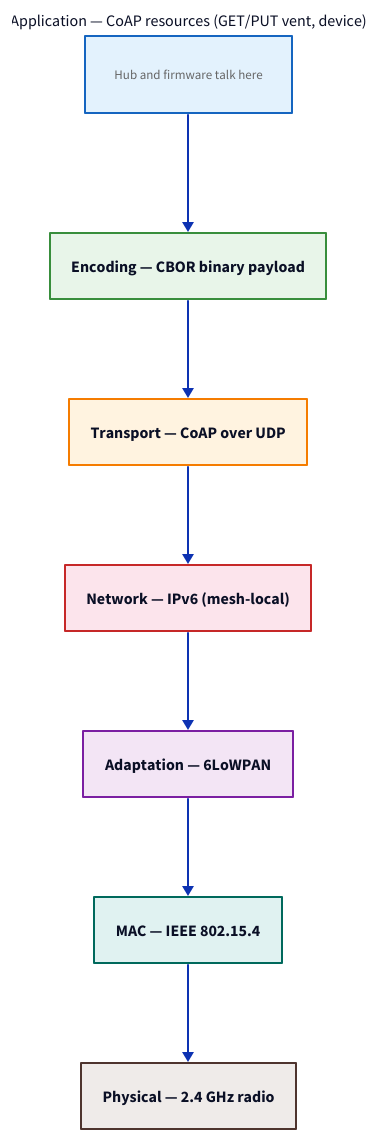
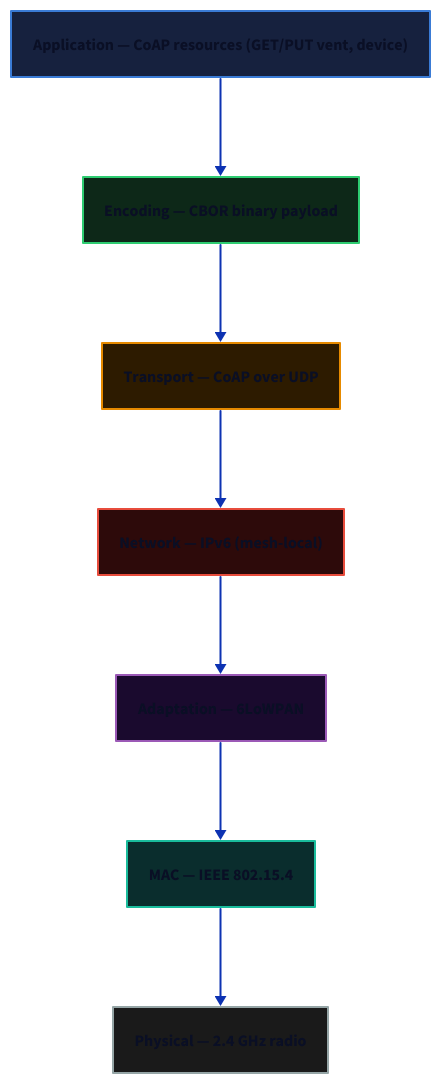
The diagram in docs/diagrams/protocol-stack.d2 (EtaCassiopeia/smart-vent), drawn with D2 before and after one commit. The commit also changed 17 other files, not shown here.

First line of the commit message:
Switch D2 diagrams to dark color palette

```diff
--- a/docs/diagrams/protocol-stack.d2
+++ b/docs/diagrams/protocol-stack.d2
@@ -1,52 +1,46 @@
 direction: down
 
 app: Application {
   label: "Application — CoAP resources (GET/PUT vent, device)"
-  style.fill: "#e3f2fd"
-  style.stroke: "#1565c0"
+  style.fill: "#16213e"
+  style.stroke: "#3a7bd5"
   style.font-size: 16
 }
 enc: Encoding {
   label: "Encoding — CBOR binary payload"
-  style.fill: "#e8f5e9"
-  style.stroke: "#388e3c"
+  style.fill: "#0d2818"
+  style.stroke: "#2ecc71"
   style.font-size: 16
 }
 transport: Transport {
   label: "Transport — CoAP over UDP"
-  style.fill: "#fff3e0"
-  style.stroke: "#f57c00"
+  style.fill: "#2d1b00"
+  style.stroke: "#e68a00"
   style.font-size: 16
 }
 network: Network {
   label: "Network — IPv6 (mesh-local)"
-  style.fill: "#fce4ec"
-  style.stroke: "#c62828"
+  style.fill: "#2d0a0a"
+  style.stroke: "#e74c3c"
   style.font-size: 16
 }
 adapt: Adaptation {
   label: "Adaptation — 6LoWPAN"
-  style.fill: "#f3e5f5"
-  style.stroke: "#7b1fa2"
+  style.fill: "#1a0a2e"
+  style.stroke: "#9b59b6"
   style.font-size: 16
 }
 mac: MAC {
   label: "MAC — IEEE 802.15.4"
-  style.fill: "#e0f2f1"
-  style.stroke: "#00695c"
+  style.fill: "#0a2d2d"
+  style.stroke: "#1abc9c"
   style.font-size: 16
 }
 phy: Physical {
   label: "Physical — 2.4 GHz radio"
-  style.fill: "#efebe9"
-  style.stroke: "#4e342e"
+  style.fill: "#1a1a1a"
+  style.stroke: "#95a5a6"
   style.font-size: 16
 }
 
 app -> enc -> transport -> network -> adapt -> mac -> phy
-
-app.note: "Hub and firmware talk here" {
-  shape: text
-  style.font-size: 13
-  style.font-color: "#666"
-}
```
